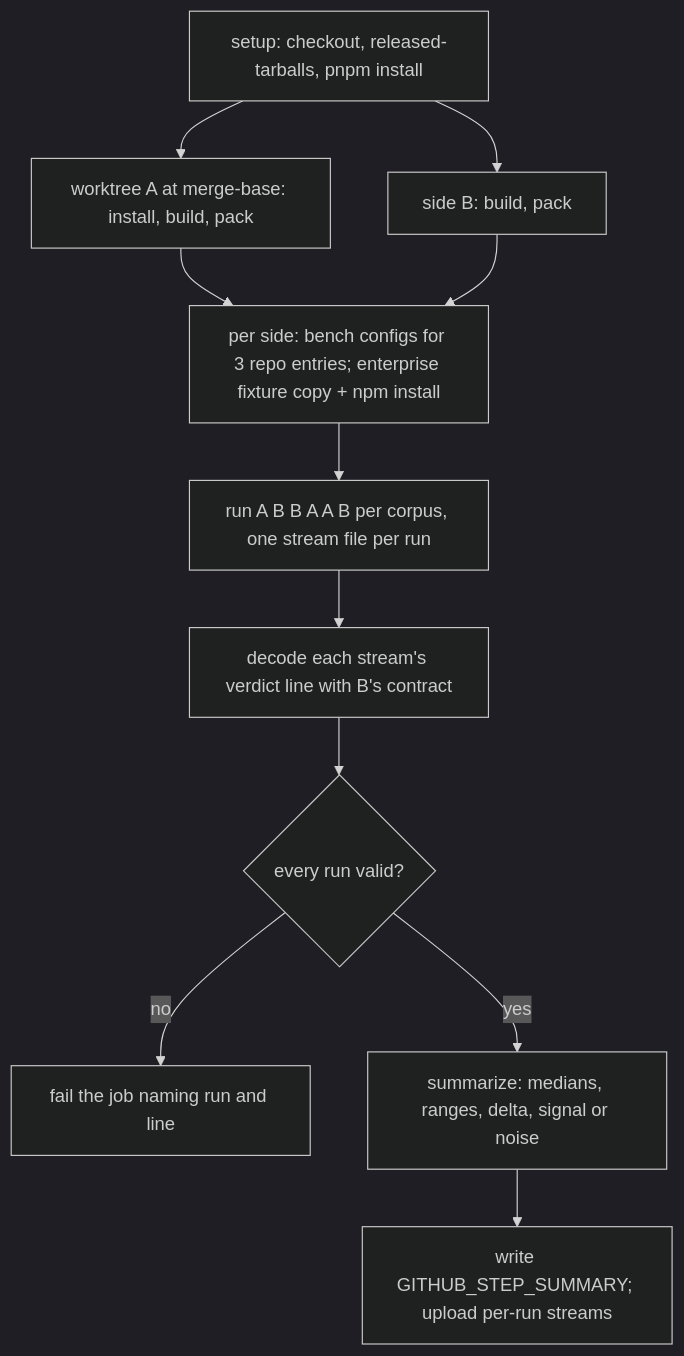
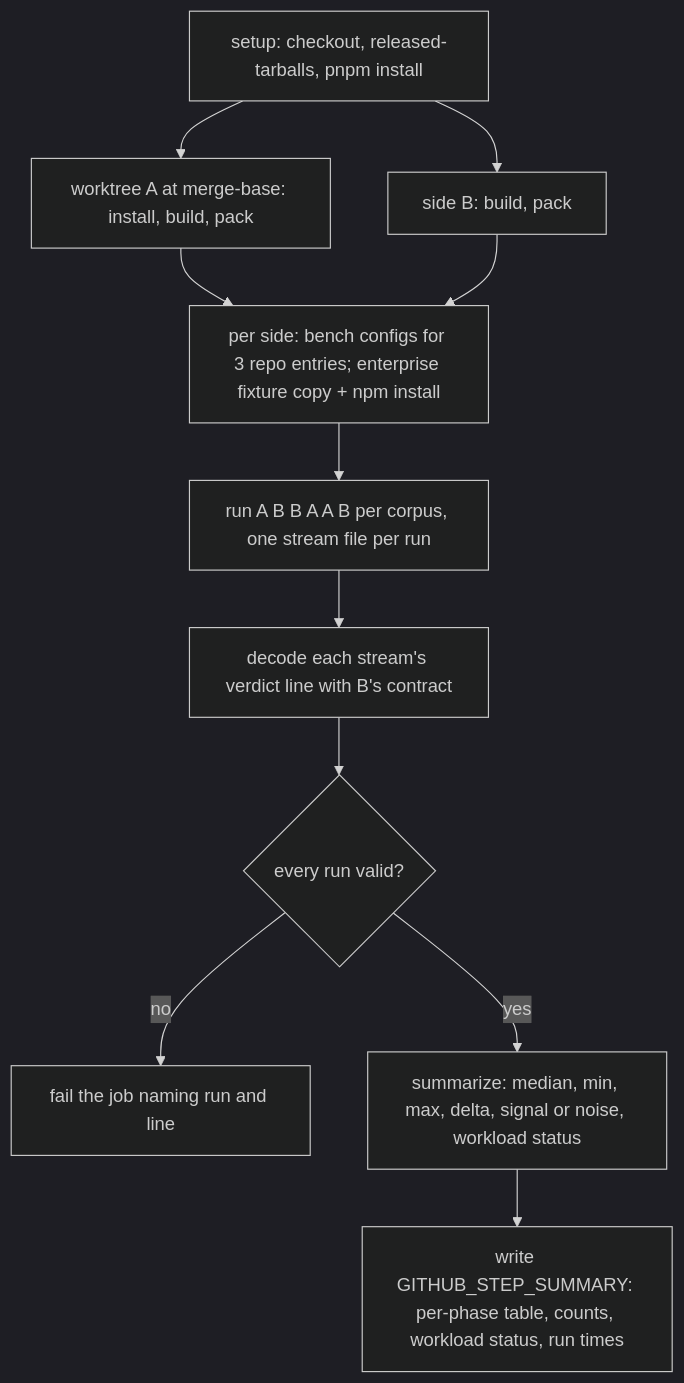
One commit to systemfsoftware/stryker-js-effect changed the diagram in docs/plans/2026-10-09-2022-perf-execution-engine-bench-lane-plan.md. Above: the diagram before and after it, drawn with Mermaid (dark theme). The commit also changed other lines of this file, not shown here.

````diff
--- a/docs/plans/2026-10-09-2022-perf-execution-engine-bench-lane-plan.md
+++ b/docs/plans/2026-10-09-2022-perf-execution-engine-bench-lane-plan.md
@@ -249,13 +247,13 @@
 ```mermaid
 flowchart TD
   S[setup: checkout, released-tarballs, pnpm install] --> WA[worktree A at merge-base: install, build, pack]
   S --> WB[side B: build, pack]
   WA --> P[per side: bench configs for 3 repo entries; enterprise fixture copy + npm install]
   WB --> P
   P --> R[run A B B A A B per corpus, one stream file per run]
   R --> D[decode each stream's verdict line with B's contract]
   D --> Q{every run valid?}
   Q -- no --> F[fail the job naming run and line]
-  Q -- yes --> T[summarize: medians, ranges, delta, signal or noise]
-  T --> G[write GITHUB_STEP_SUMMARY; upload per-run streams]
+  Q -- yes --> T[summarize: median, min, max, delta, signal or noise, workload status]
+  T --> G[write GITHUB_STEP_SUMMARY: per-phase table, counts, workload status, run times]
 ```
````
